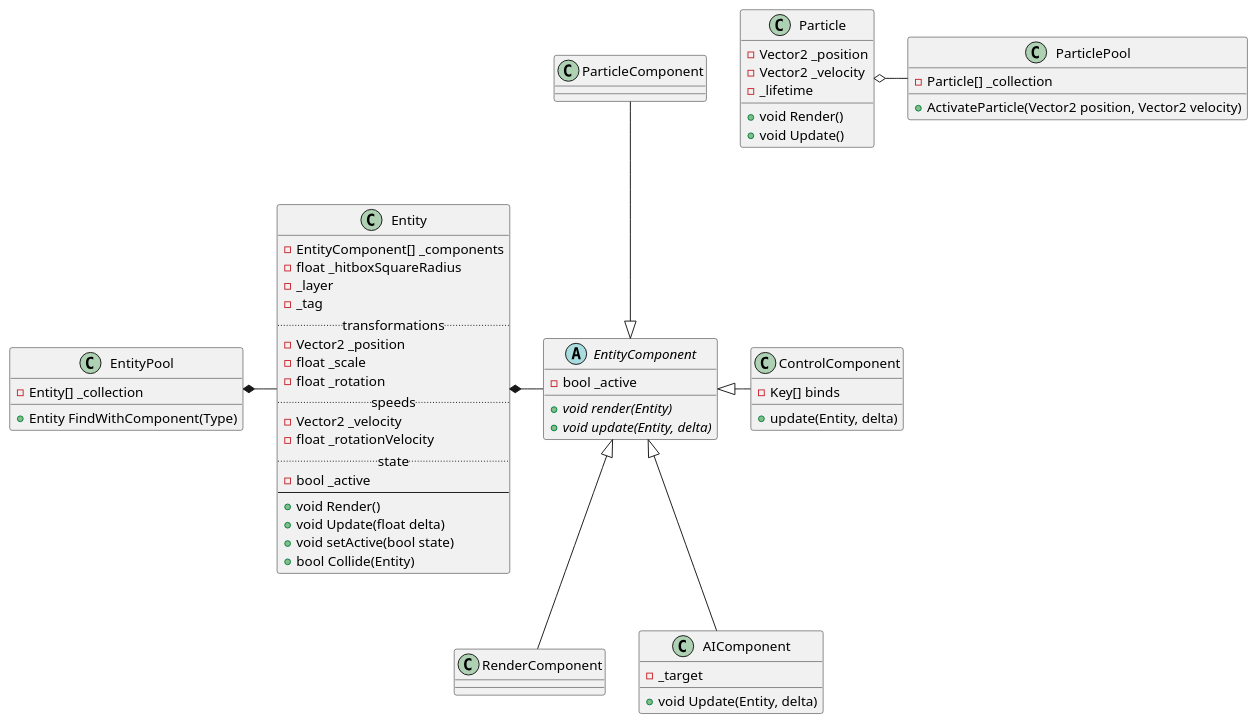
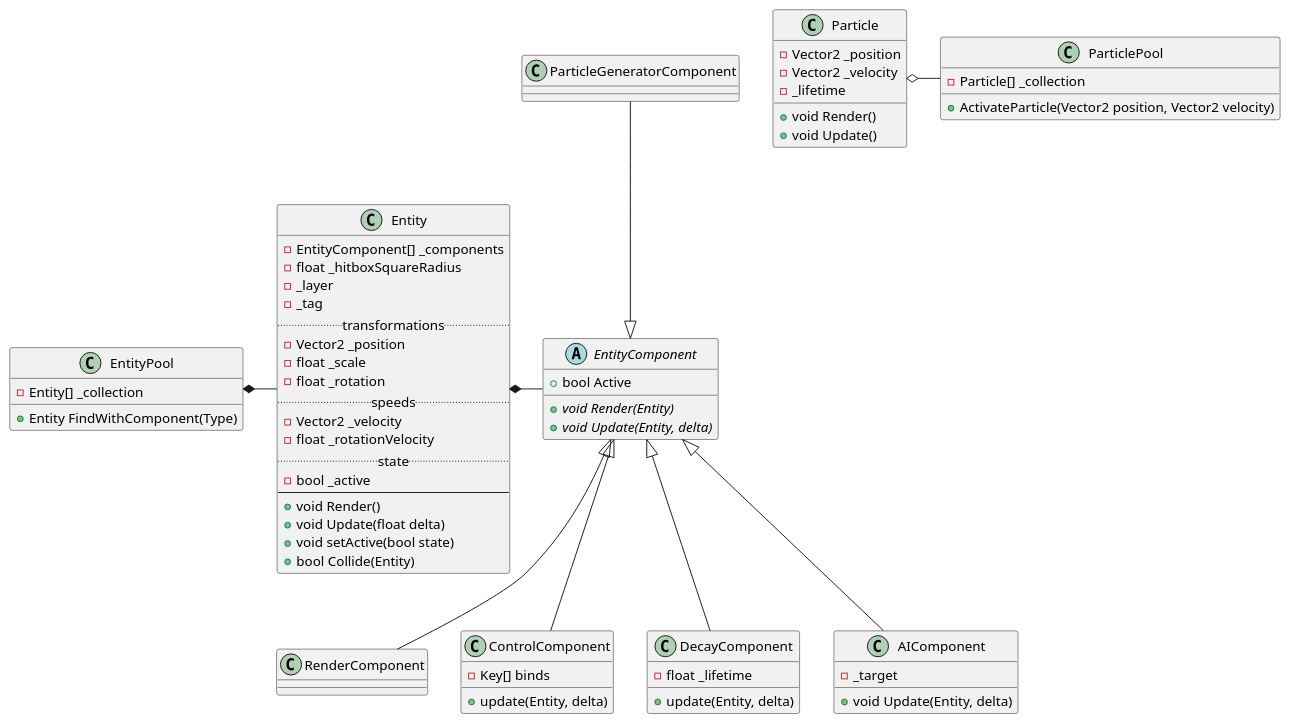
The diagram in AsteroidsEngine/Engine.puml (cyberimp/Asteroids), drawn with PlantUML before and after one commit. The commit also changed 10 other files, not shown here.

```diff
--- a/AsteroidsEngine/Engine.puml
+++ b/AsteroidsEngine/Engine.puml
@@ -1,75 +1,81 @@
 @startuml
 
 class Entity{
     -EntityComponent[] _components
     -float _hitboxSquareRadius
     -_layer
     -_tag
     ..transformations..
     -Vector2 _position
     -float _scale
     -float _rotation
     ..speeds..
     -Vector2 _velocity
     -float _rotationVelocity
     ..state..
     -bool _active
     --
     +void Render()
     +void Update(float delta)
     +void setActive(bool state)
     +bool Collide(Entity)
 }
 
 Entity *- EntityComponent
 
 abstract class EntityComponent{
-    -bool _active
-    {abstract} +void render(Entity)
-    {abstract} +void update(Entity, delta)  
+    +bool Active
+    {abstract} +void Render(Entity)
+    {abstract} +void Update(Entity, delta)  
 }
 
 EntityComponent <|-- RenderComponent
-EntityComponent <|- ControlComponent
+EntityComponent <|-- ControlComponent
+EntityComponent <|-- DecayComponent
 
 class ControlComponent{
     -Key[] binds
     +update(Entity, delta)
 }
 
-ParticleComponent --|> EntityComponent
+class DecayComponent{
+    -float _lifetime
+    +update(Entity, delta)
+}
 
-class ParticleComponent{
+ParticleGeneratorComponent --|> EntityComponent
+
+class ParticleGeneratorComponent{
   
 }
 
-EntityComponent<|--AIComponent
+EntityComponent <|-- AIComponent
 
 class AIComponent{
     -_target
     +void Update(Entity, delta)
 }
 
 Particle o- ParticlePool
 
 class Particle{
     -Vector2 _position
     -Vector2 _velocity
     -_lifetime
     +void Render()
     +void Update()
 }
 
 class ParticlePool{
     -Particle[] _collection
     +ActivateParticle(Vector2 position, Vector2 velocity)
 }
 
 EntityPool *- Entity
 
 class EntityPool{
     -Entity[] _collection
     +Entity FindWithComponent(Type)
 }
 
 @enduml
```
